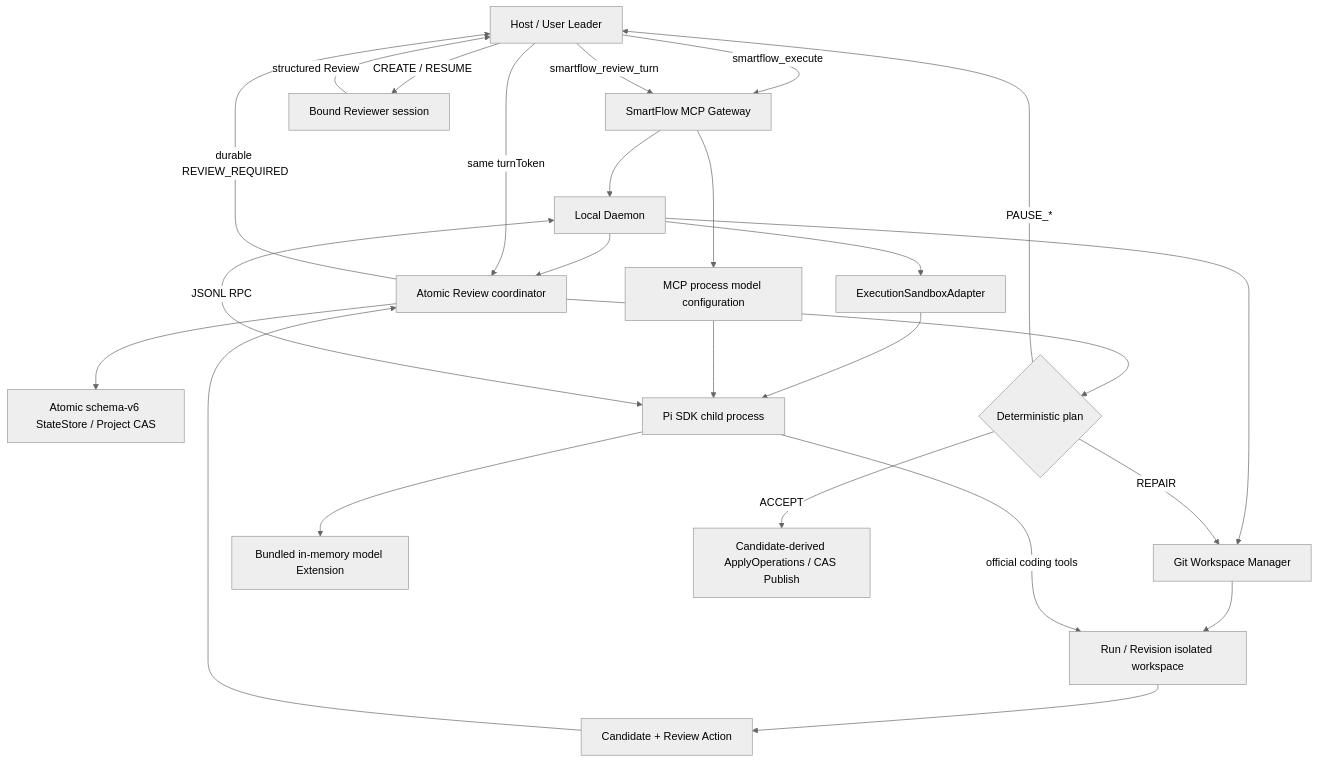
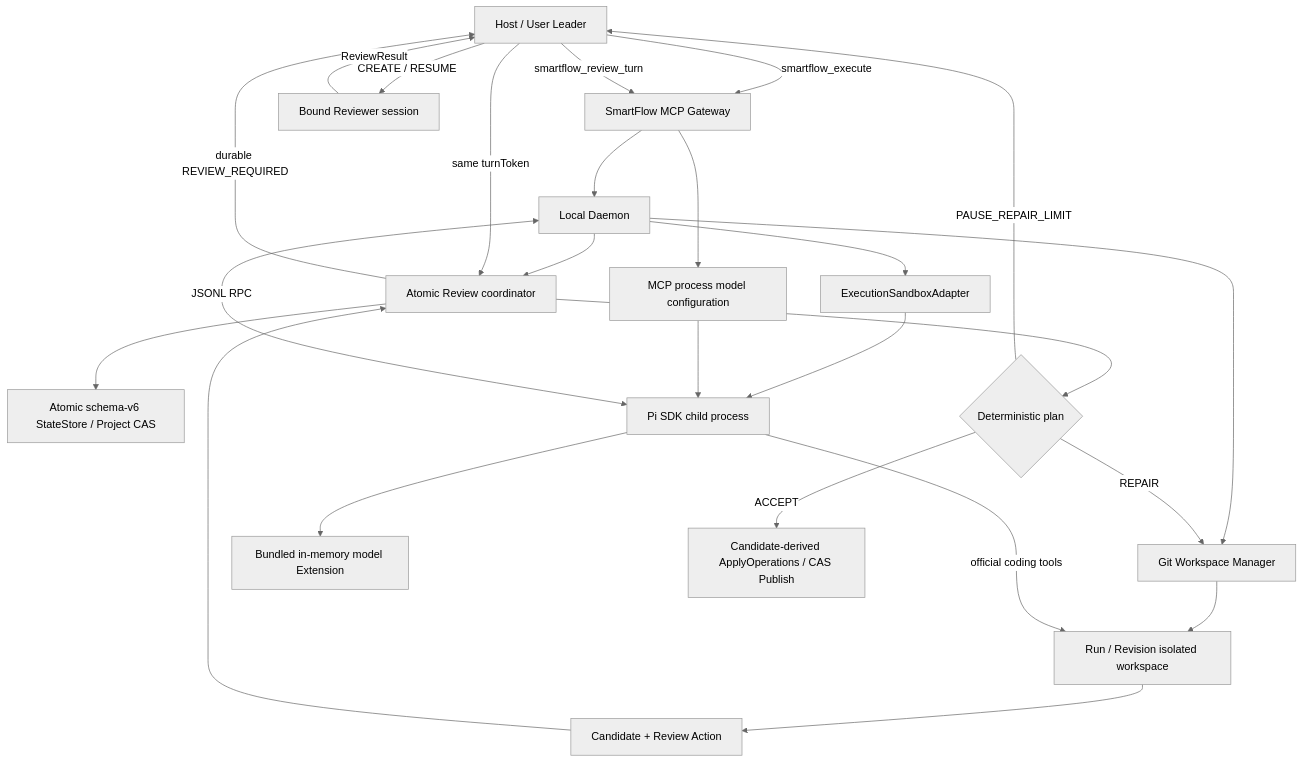
The first of 2 diagrams in specs/001-smartflow-mvp/plan.md (JerryWu1234/AI-smart-flow), drawn with Mermaid (neutral theme) before and after one commit. The commit also changed other lines of this file and 43 other files, not shown here.

````diff
--- a/specs/001-smartflow-mvp/plan.md
+++ b/specs/001-smartflow-mvp/plan.md
@@ -85,27 +85,27 @@
 ```mermaid
 flowchart TD
     H["Host / User Leader"] -->|"smartflow_execute"| M["SmartFlow MCP Gateway"]
     H -->|"smartflow_review_turn"| M
     M --> D["Local Daemon"]
     M --> E["MCP process model configuration"]
     D --> Q["Atomic Review coordinator"]
     Q --> S["Atomic schema-v6 StateStore / Project CAS"]
     D --> G["Git Workspace Manager"]
     G --> W["Run / Revision isolated workspace"]
     D --> X["ExecutionSandboxAdapter"]
     X --> P["Pi SDK child process"]
     E --> P
     P --> I["Bundled in-memory model Extension"]
     D <-->|"JSONL RPC"| P
     P -->|"official coding tools"| W
     W --> C["Candidate + Review Action"]
     C --> Q
     Q -->|"durable REVIEW_REQUIRED"| H
     H -->|"CREATE / RESUME"| R["Bound Reviewer session"]
-    R -->|"structured Review"| H
+    R -->|"ReviewResult"| H
     H -->|"same turnToken"| Q
     Q --> A{"Deterministic plan"}
     A -->|"ACCEPT"| U["Candidate-derived ApplyOperations / CAS Publish"]
     A -->|"REPAIR"| G
-    A -->|"PAUSE_*"| H
+    A -->|"PAUSE_REPAIR_LIMIT"| H
 ```
````
